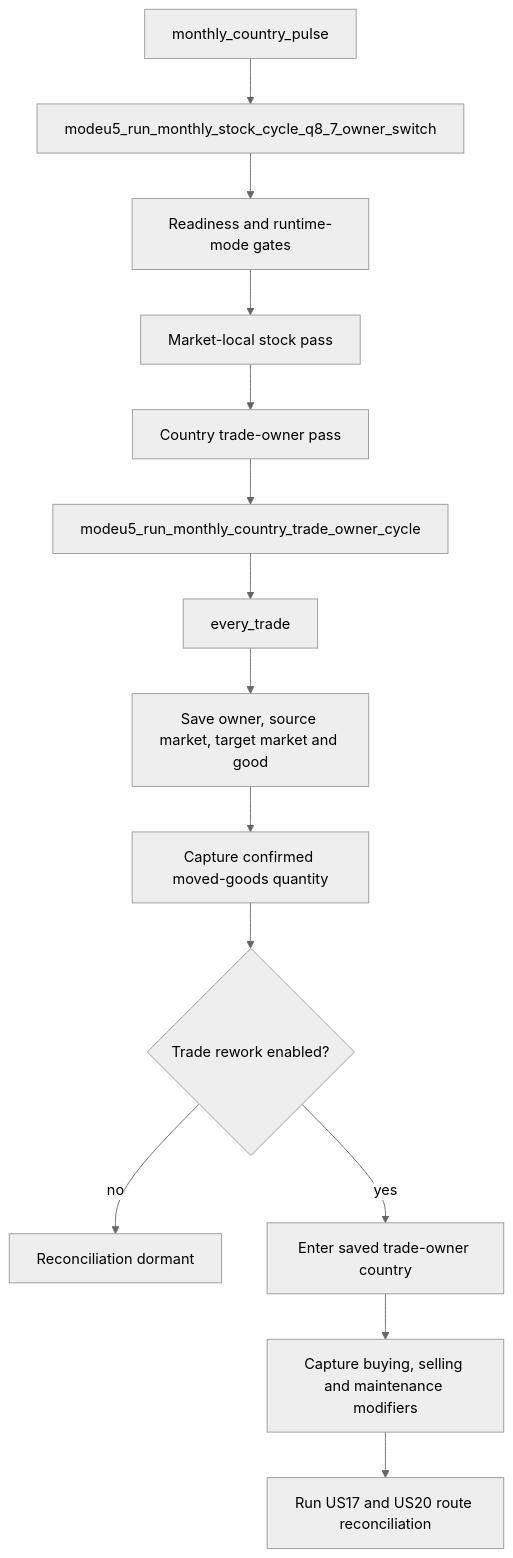
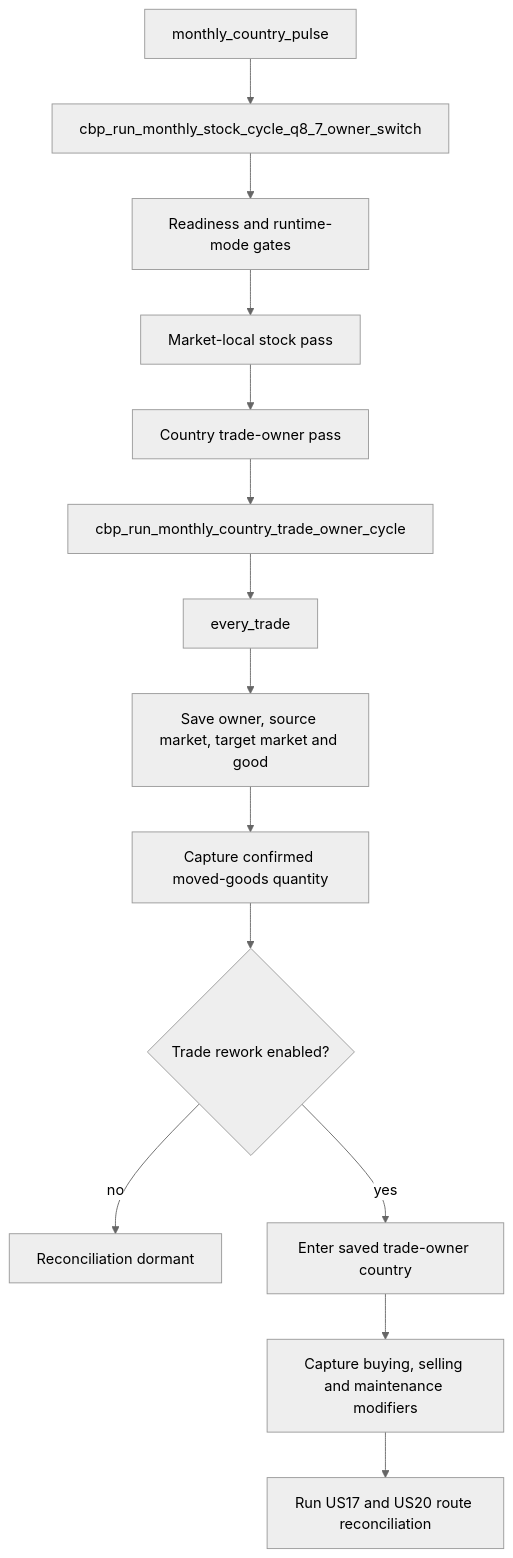
One commit to eu5mod/eu5-no-void-economy changed the first of 7 diagrams in docs/audits/pr107/Q5_workflow_state.md. Above: the diagram before and after it, drawn with Mermaid (neutral theme). The commit also changed other lines of this file and 209 other files, not shown here.

Commit message:
Remove modeu5_ for cbp_

````diff
--- a/docs/audits/pr107/Q5_workflow_state.md
+++ b/docs/audits/pr107/Q5_workflow_state.md
@@ -23,16 +23,16 @@
 ```mermaid
 flowchart TD
-    A[monthly_country_pulse] --> B[modeu5_run_monthly_stock_cycle_q8_7_owner_switch]
+    A[monthly_country_pulse] --> B[cbp_run_monthly_stock_cycle_q8_7_owner_switch]
     B --> C[Readiness and runtime-mode gates]
     C --> D[Market-local stock pass]
     D --> E[Country trade-owner pass]
-    E --> F[modeu5_run_monthly_country_trade_owner_cycle]
+    E --> F[cbp_run_monthly_country_trade_owner_cycle]
     F --> G[every_trade]
     G --> H[Save owner, source market, target market and good]
     H --> I[Capture confirmed moved-goods quantity]
     I --> J{Trade rework enabled?}
     J -- no --> K[Reconciliation dormant]
     J -- yes --> L[Enter saved trade-owner country]
     L --> M[Capture buying, selling and maintenance modifiers]
     M --> N[Run US17 and US20 route reconciliation]
 ```
````
